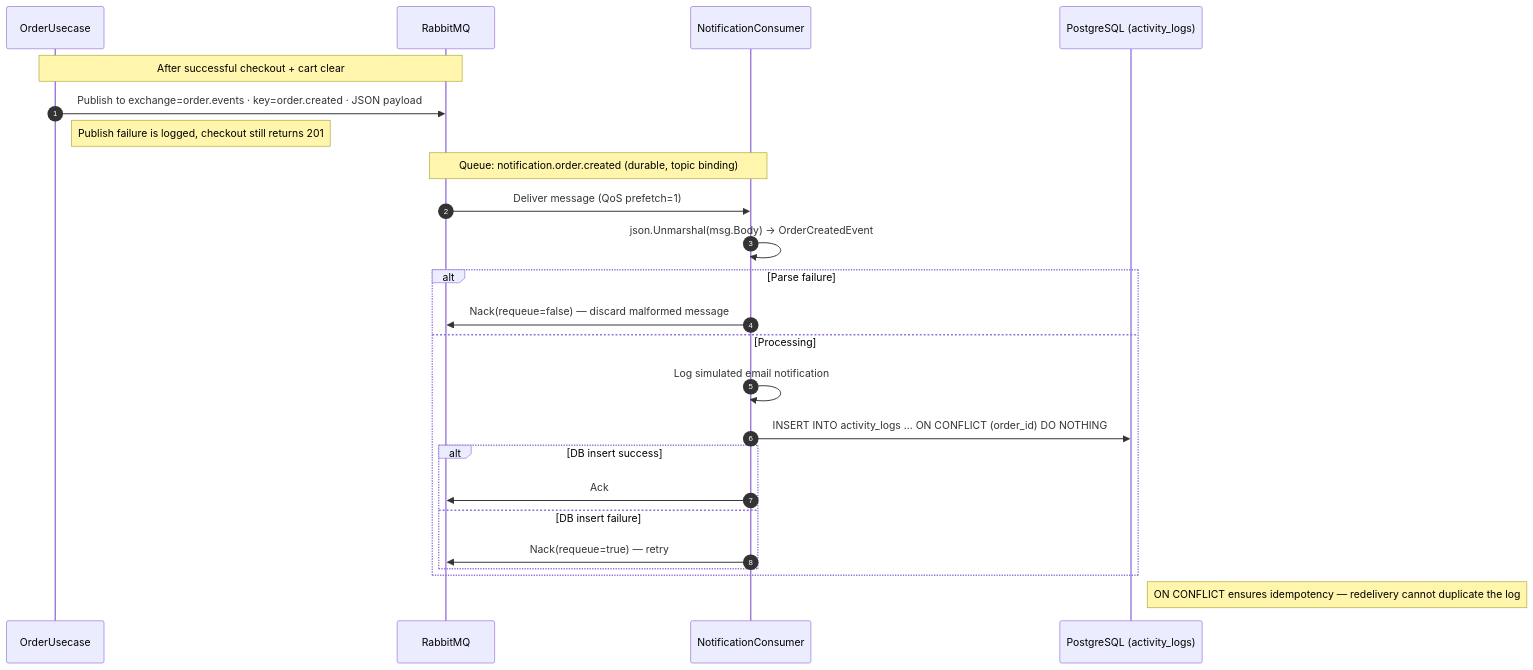
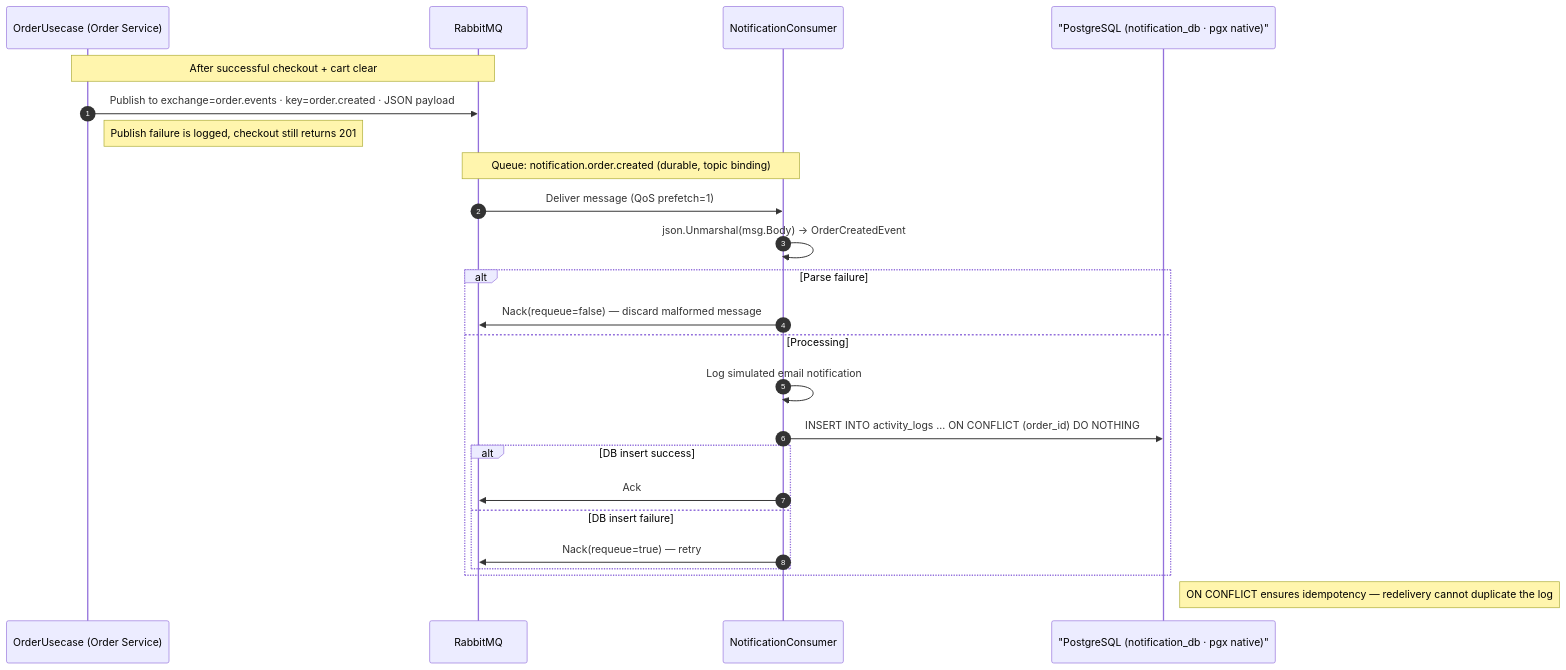
One commit to Mpayy/e-commerce changed the sixth of 6 diagrams in README.md. Above: the diagram before and after it, drawn with Mermaid. The commit also changed other lines of this file and 2 other files, not shown here.

````diff
--- a/README.md
+++ b/README.md
@@ -306,28 +352,28 @@
 ```mermaid
 sequenceDiagram
     autonumber
-    participant U as OrderUsecase
+    participant U as OrderUsecase (Order Service)
     participant MQ as RabbitMQ
     participant NC as NotificationConsumer
-    participant PG as PostgreSQL (activity_logs)
+    participant PG as "PostgreSQL (notification_db · pgx native)"
 
     Note over U,MQ: After successful checkout + cart clear
     U->>MQ: Publish to exchange=order.events · key=order.created · JSON payload
     Note right of U: Publish failure is logged, checkout still returns 201
 
     Note over MQ,NC: Queue: notification.order.created (durable, topic binding)
     MQ->>NC: Deliver message (QoS prefetch=1)
     NC->>NC: json.Unmarshal(msg.Body) → OrderCreatedEvent
     alt Parse failure
         NC->>MQ: Nack(requeue=false) — discard malformed message
     else Processing
         NC->>NC: Log simulated email notification
         NC->>PG: INSERT INTO activity_logs ... ON CONFLICT (order_id) DO NOTHING
         alt DB insert success
             NC->>MQ: Ack
         else DB insert failure
             NC->>MQ: Nack(requeue=true) — retry
         end
     end
     Note right of PG: ON CONFLICT ensures idempotency — redelivery cannot duplicate the log
 ```
````
